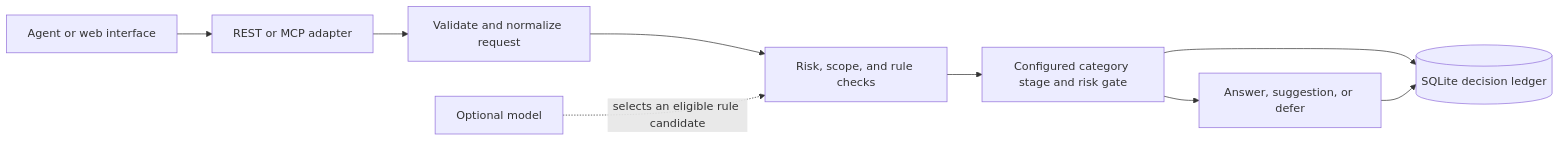
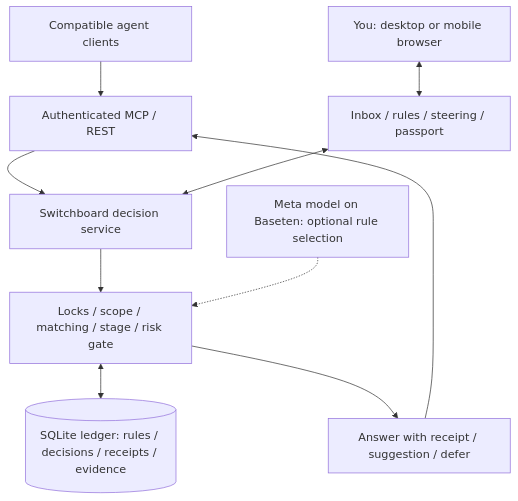
The second of 2 diagrams in README.md (KanishkNoir/SwitchBoard), drawn with Mermaid before and after one commit. The commit also changed other lines of this file, not shown here.

Commit message:
Tell Switchboard's shared-decision story and document verified support

````diff
--- a/README.md
+++ b/README.md
@@ -98,11 +67,12 @@
 ```mermaid
-flowchart LR
-    CLIENT[Agent or web interface] --> ADAPTER[REST or MCP adapter]
-    ADAPTER --> VALIDATE[Validate and normalize request]
-    VALIDATE --> CORE[Risk, scope, and rule checks]
-    MODEL[Optional model] -. selects an eligible rule candidate .-> CORE
-    CORE --> GOVERN[Configured category stage and risk gate]
-    GOVERN --> RESULT[Answer, suggestion, or defer]
-    GOVERN --> LEDGER[(SQLite decision ledger)]
-    RESULT --> LEDGER
+flowchart TD
+    CLIENTS[Compatible agent clients] --> INGRESS[Authenticated MCP / REST]
+    INGRESS --> SERVICE[Switchboard decision service]
+    USER[You: desktop or mobile browser] <--> UI[Inbox / rules / steering / passport]
+    UI <--> SERVICE
+    SERVICE --> POLICY[Locks / scope / matching / stage / risk gate]
+    META[Meta model on Baseten: optional rule selection] -.-> POLICY
+    POLICY <--> DB[(SQLite ledger: rules / decisions / receipts / evidence)]
+    POLICY --> RESULT[Answer with receipt / suggestion / defer]
+    RESULT --> INGRESS
 ```
````
